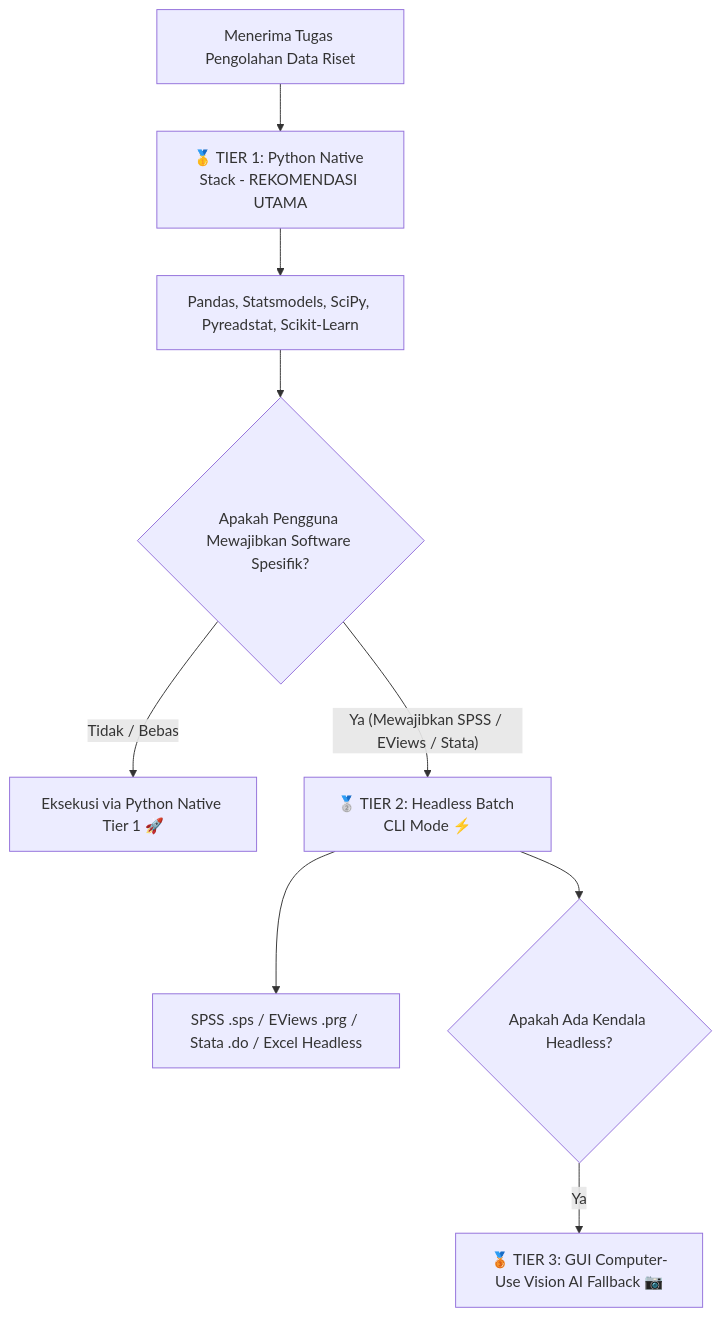
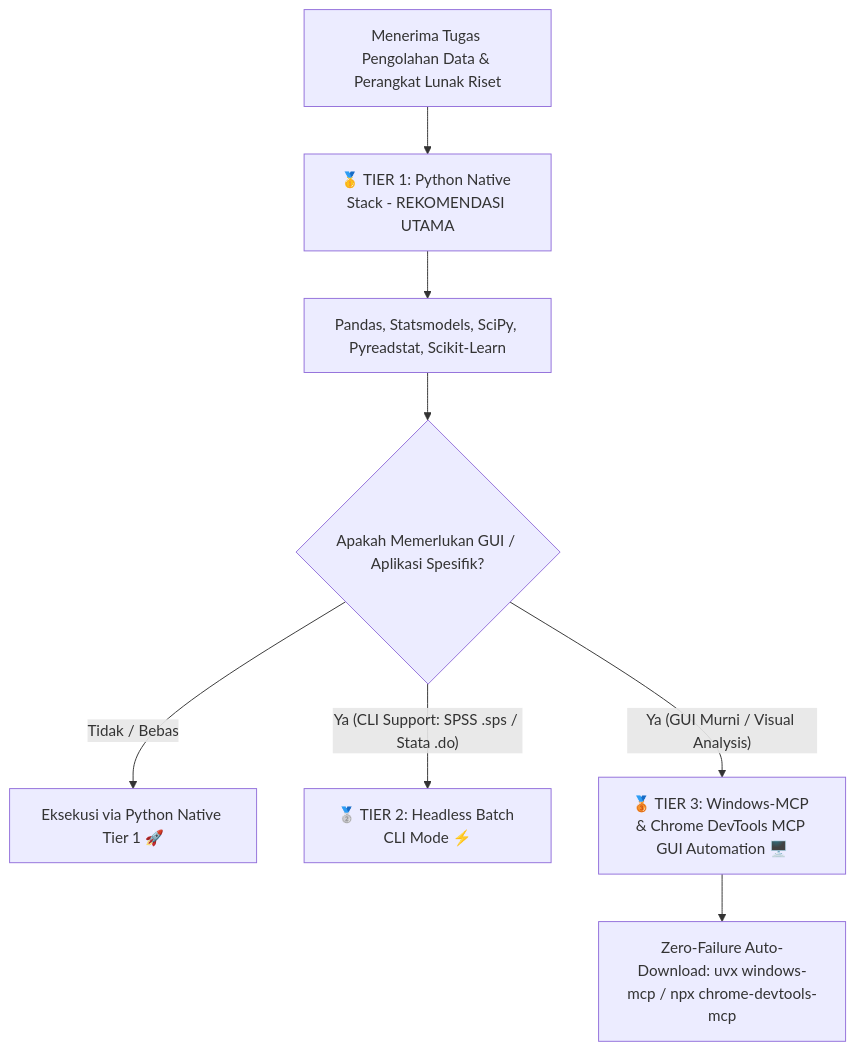
The diagram in skills/computer_use/SKILL.md (lensetek/Research-Agent-Skills-Collection), drawn with Mermaid before and after one commit. The commit also changed other lines of this file and 7 other files, not shown here.

Commit message:
feat: add multi-domain research software playbooks, windows-mcp & chrome-devtools auto-updater resilience

````diff
--- a/skills/computer_use/SKILL.md
+++ b/skills/computer_use/SKILL.md
@@ -26,11 +52,10 @@
 ```mermaid
 flowchart TD
-    A[Menerima Tugas Pengolahan Data Riset] --> B[🥇 TIER 1: Python Native Stack - REKOMENDASI UTAMA]
+    A[Menerima Tugas Pengolahan Data & Perangkat Lunak Riset] --> B[🥇 TIER 1: Python Native Stack - REKOMENDASI UTAMA]
     B --> B1[Pandas, Statsmodels, SciPy, Pyreadstat, Scikit-Learn]
-    B1 --> C{Apakah Pengguna Mewajibkan Software Spesifik?}
+    B1 --> C{Apakah Memerlukan GUI / Aplikasi Spesifik?}
     C -- Tidak / Bebas --> E[Eksekusi via Python Native Tier 1 🚀]
-    C -- Ya (Mewajibkan SPSS / EViews / Stata) --> D[🥈 TIER 2: Headless Batch CLI Mode ⚡]
-    D --> D1[SPSS .sps / EViews .prg / Stata .do / Excel Headless]
-    D --> F{Apakah Ada Kendala Headless?}
-    F -- Ya --> G[🥉 TIER 3: GUI Computer-Use Vision AI Fallback 📷]
+    C -- Ya (CLI Support: SPSS .sps / Stata .do) --> D[🥈 TIER 2: Headless Batch CLI Mode ⚡]
+    C -- Ya (GUI Murni / Visual Analysis) --> G[🥉 TIER 3: Windows-MCP & Chrome DevTools MCP GUI Automation 🖥️]
+    G --> G1[Zero-Failure Auto-Download: uvx windows-mcp / npx chrome-devtools-mcp]
 ```
````
